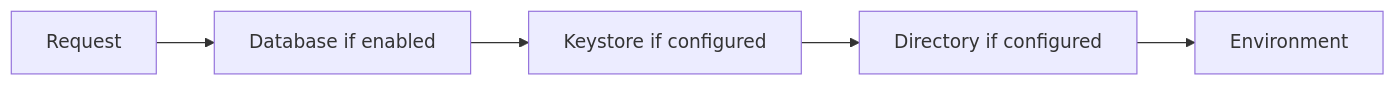
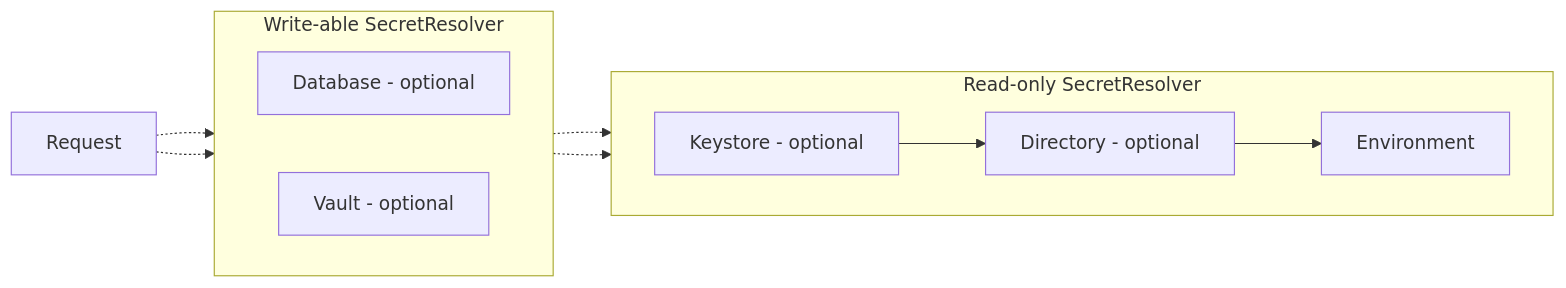
The diagram in doc/secret-management.md (illuin-tech/wombat), drawn with Mermaid before and after one commit. The commit also changed other lines of this file and 13 other files, not shown here.

````diff
--- a/doc/secret-management.md
+++ b/doc/secret-management.md
@@ -12,7 +12,26 @@
 ```mermaid
 graph LR
-    Request --> Database[Database if enabled]
-    Database --> Keystore[Keystore if configured]
-    Keystore --> Directory[Directory if configured]
-    Directory --> Environment[Environment]
+    REQUEST[Request]
+
+    subgraph WRITEABLE[Write-able SecretResolver]
+        direction LR
+        DATABASE[Database - optional]
+        VAULT[Vault - optional]
+    end
+    
+    subgraph READ_ONLY[Read-only SecretResolver]
+        direction LR
+        
+        KEYSTORE[Keystore - optional]
+        DIRECTORY[Directory - optional]
+        ENVIRONMENT[Environment]
+        
+        KEYSTORE --> DIRECTORY
+        DIRECTORY --> ENVIRONMENT
+    end
+    
+    REQUEST -.-> DATABASE
+    REQUEST -.-> VAULT
+    DATABASE -.-> KEYSTORE
+    VAULT -.-> KEYSTORE
 ```
````
